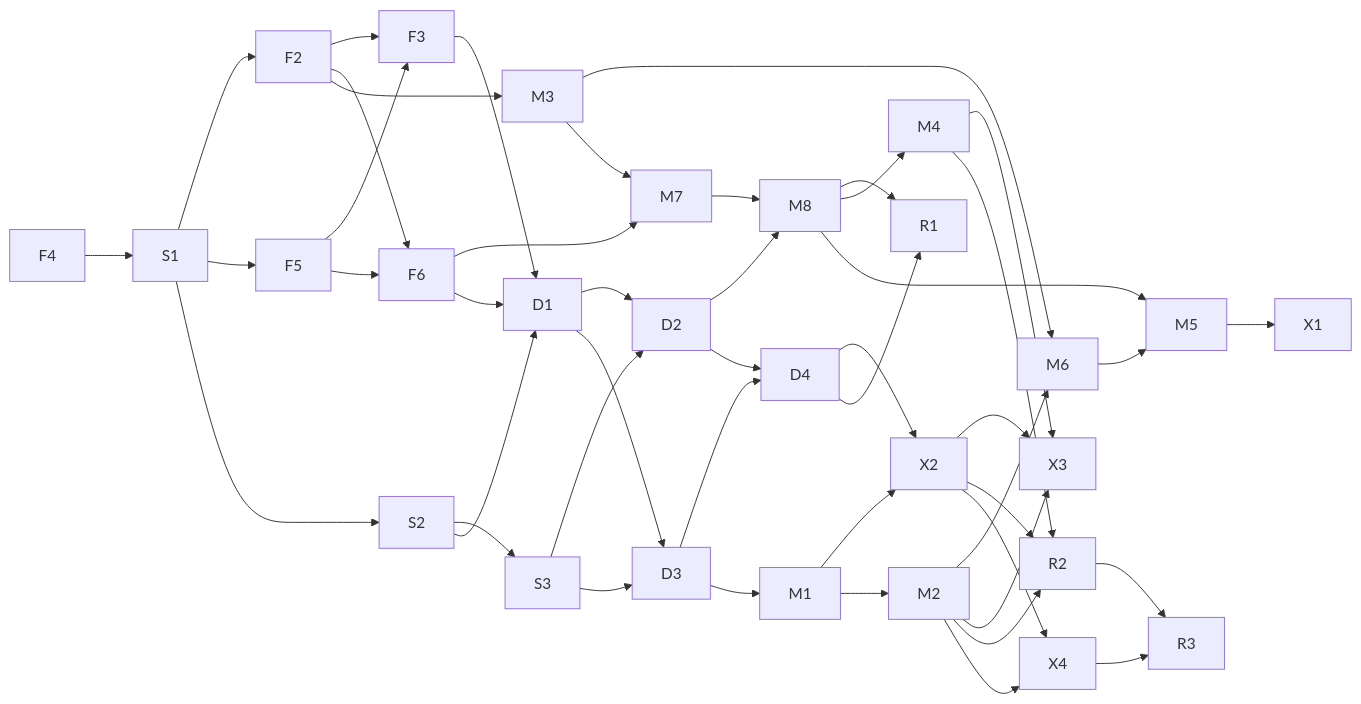
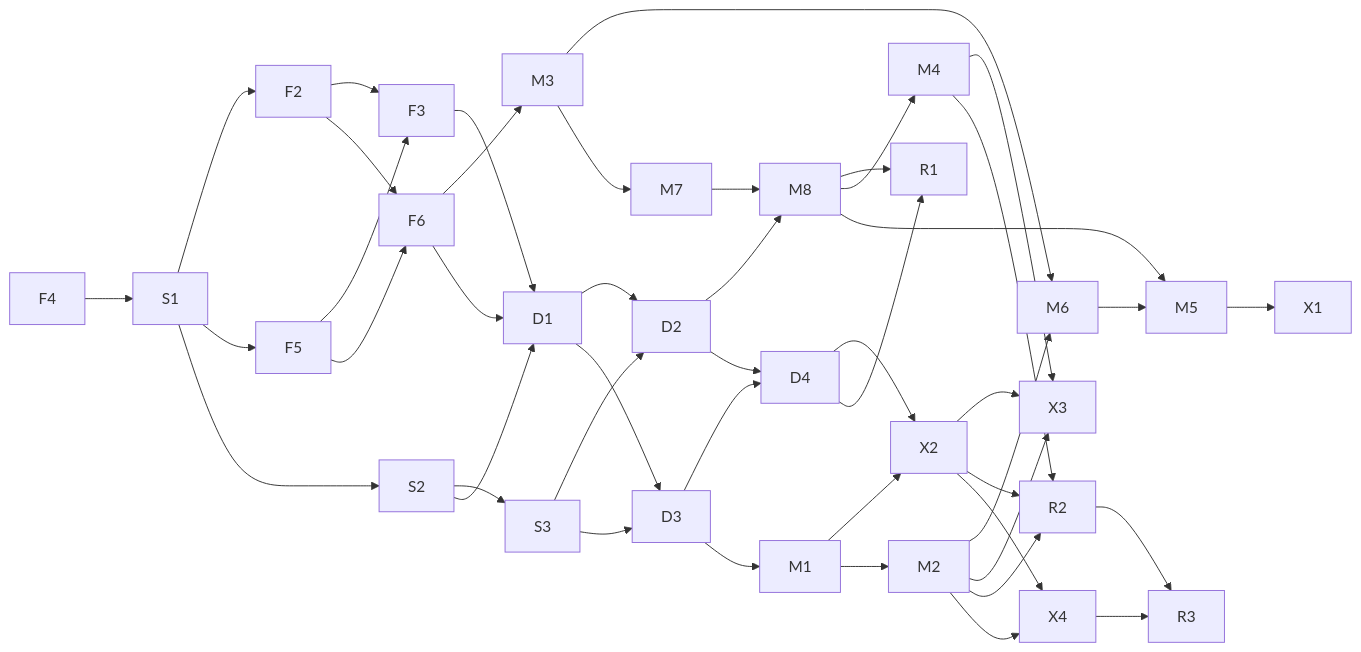
One commit to ppat/mediated-mailbox-mcp changed the second of 2 diagrams in ROADMAP.md. Above: the diagram before and after it, drawn with Mermaid. The commit also changed other lines of this file and 166 other files, not shown here.

````diff
--- a/ROADMAP.md
+++ b/ROADMAP.md
@@ -1272,48 +1351,47 @@
 ```mermaid
 flowchart LR
     F4 --> S1
     S1 --> F2
     S1 --> F5
     S1 --> S2
     S2 --> S3
     F2 --> F3
     F5 --> F3
     F2 --> F6
     F5 --> F6
-    F2 --> M3
+    F6 --> M3
     M3 --> M6
     M2 --> M6
     M6 --> M5
     M3 --> M7
-    F6 --> M7
     M7 --> M8
     D2 --> M8
     M8 --> R1
     S2 --> D1
     F3 --> D1
     F6 --> D1
     D1 --> D2
     S3 --> D2
     M8 --> M4
     M8 --> M5
     S3 --> D3
     D1 --> D3
     D2 --> D4
     D3 --> D4
     D3 --> M1
     M1 --> X2
     D4 --> X2
     M1 --> M2
     M2 --> X3
     M4 --> X3
     X2 --> X3
     D4 --> R1
     M2 --> R2
     X2 --> R2
     M4 --> R2
     R2 --> R3
     X2 --> X4
     M2 --> X4
     X4 --> R3
     M5 --> X1
 ```
````
